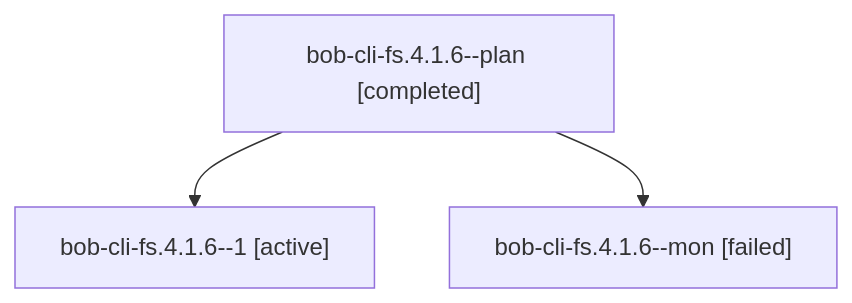
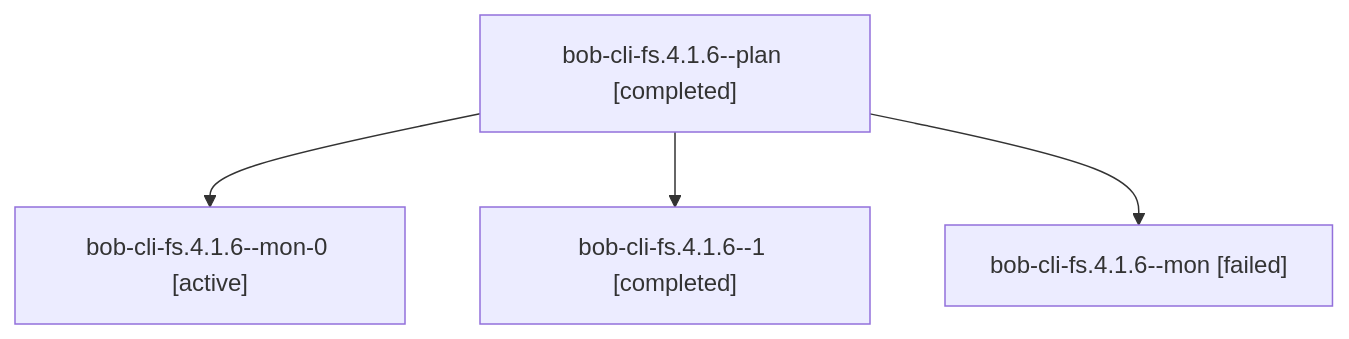
One commit to bobs-org/bob-cli--agents changed the diagram in sessions/bbugyi200.athena.bob-cli-fs.4.1.6.md. Above: the diagram before and after it, drawn with Mermaid. The commit also changed other lines of this file and 78 other files, not shown here.

````diff
--- a/sessions/bbugyi200.athena.bob-cli-fs.4.1.6.md
+++ b/sessions/bbugyi200.athena.bob-cli-fs.4.1.6.md
@@ -9,8 +9,10 @@
 ```mermaid
 flowchart TD
   n0["bob-cli-fs.4.1.6--plan [completed]"]
-  n1["bob-cli-fs.4.1.6--1 [active]"]
+  n1["bob-cli-fs.4.1.6--mon-0 [active]"]
   n0 --> n1
-  n2["bob-cli-fs.4.1.6--mon [failed]"]
+  n2["bob-cli-fs.4.1.6--1 [completed]"]
   n0 --> n2
+  n3["bob-cli-fs.4.1.6--mon [failed]"]
+  n0 --> n3
 ```
````
